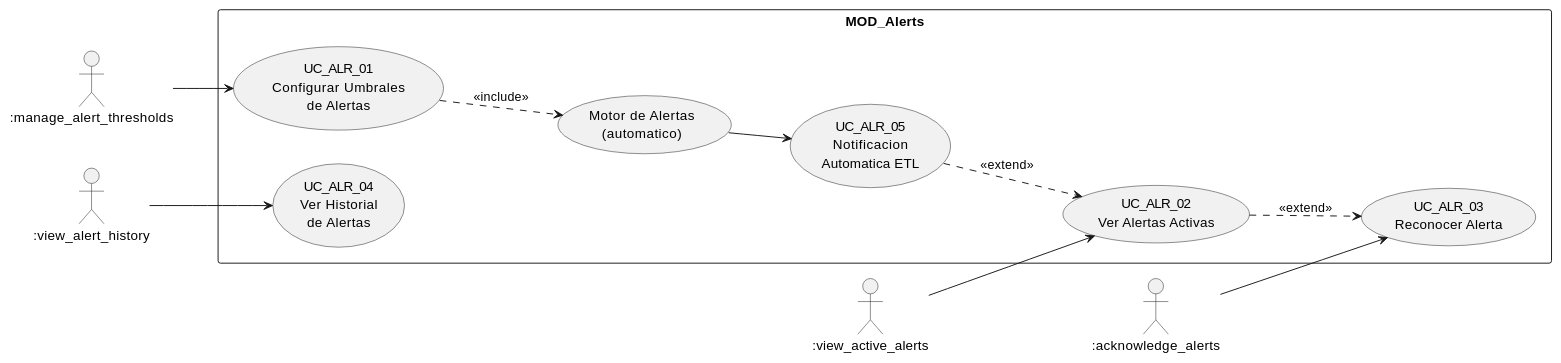
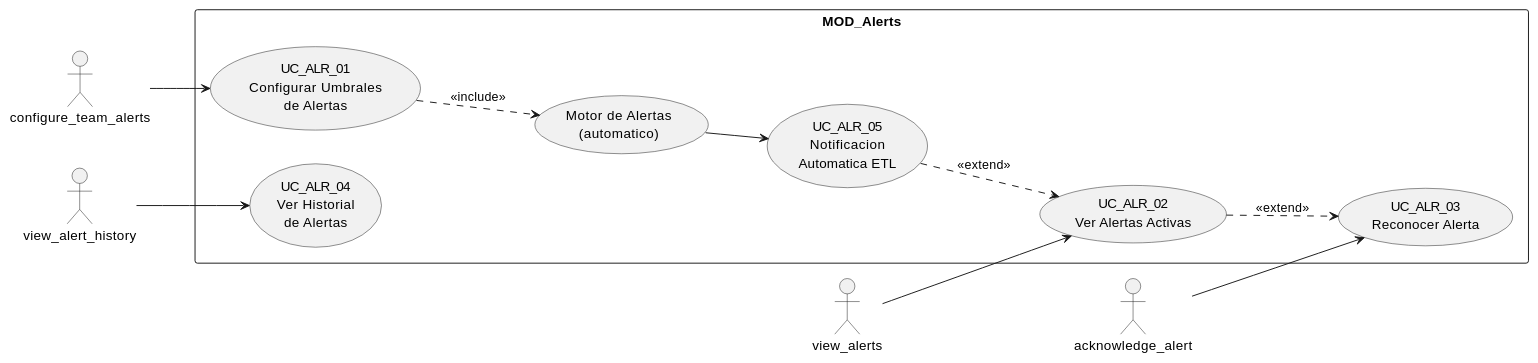
The sixth of 13 diagrams in source/arquitectura-tecnica/diagramas-uc-por-modulo.rst (jcg-admin/IACT-docs), drawn with PlantUML before and after one commit. The commit also changed other lines of this file and 157 other files, not shown here.

First line of the commit message:
Enforce catalog function names across all diagrams

```diff
--- a/source/arquitectura-tecnica/diagramas-uc-por-modulo.rst
+++ b/source/arquitectura-tecnica/diagramas-uc-por-modulo.rst
@@ -280,31 +274,31 @@
 .. uml::
  :caption: Figura 21 — MOD_Alerts: casos de uso
 
  @startuml
  left to right direction
 
- actor ":manage_alert_thresholds" as MAT
- actor ":view_active_alerts" as VAA
- actor ":acknowledge_alerts" as ACA
- actor ":view_alert_history" as VAH
+ actor "configure_team_alerts" as MAT
+ actor "view_alerts" as VAA
+ actor "acknowledge_alert" as ACA
+ actor "view_alert_history" as VAH
 
  rectangle "MOD_Alerts" {
    usecase "UC_ALR_01\nConfigurar Umbrales\nde Alertas" as AL01
    usecase "UC_ALR_02\nVer Alertas Activas" as AL02
    usecase "UC_ALR_03\nReconocer Alerta" as AL03
    usecase "UC_ALR_04\nVer Historial\nde Alertas" as AL04
    usecase "UC_ALR_05\nNotificacion\nAutomatica ETL" as AL05
    usecase "Motor de Alertas\n(automatico)" as MOTOR
  }
 
  MAT --> AL01
  VAA --> AL02
  ACA --> AL03
  VAH --> AL04
  MOTOR --> AL05
 
  AL02 ..> AL03 : <<extend>>
  AL05 ..> AL02 : <<extend>>
  AL01 ..> MOTOR : <<include>>
 
  @enduml
```
